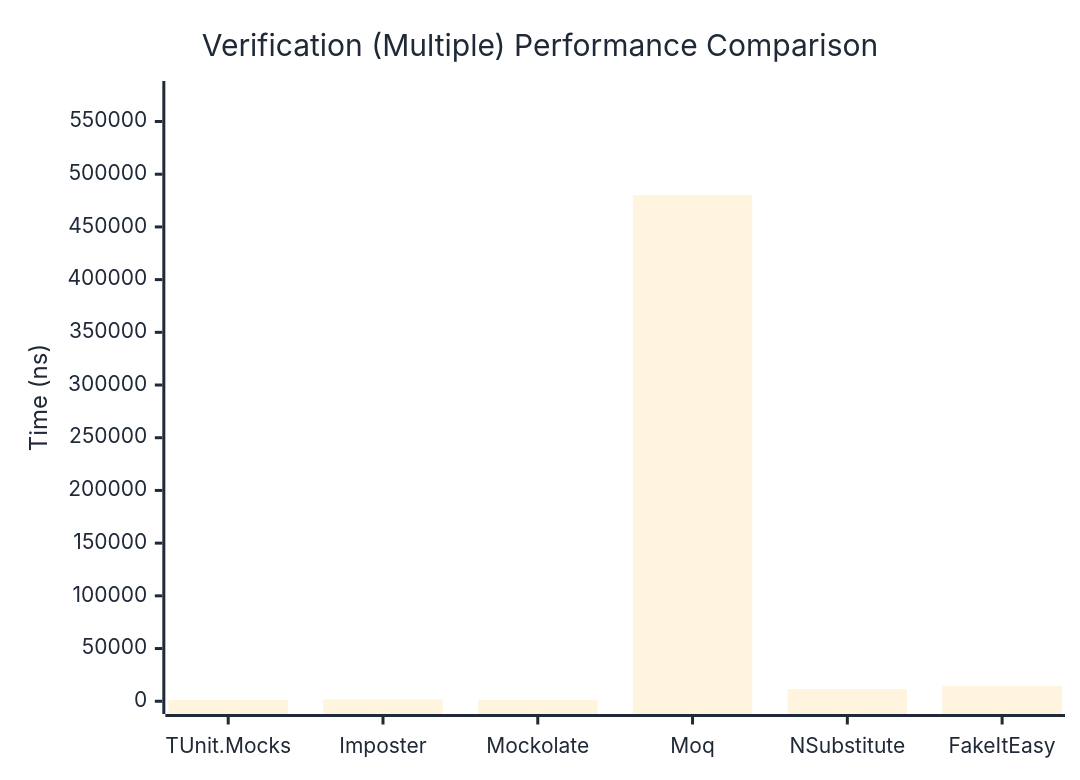
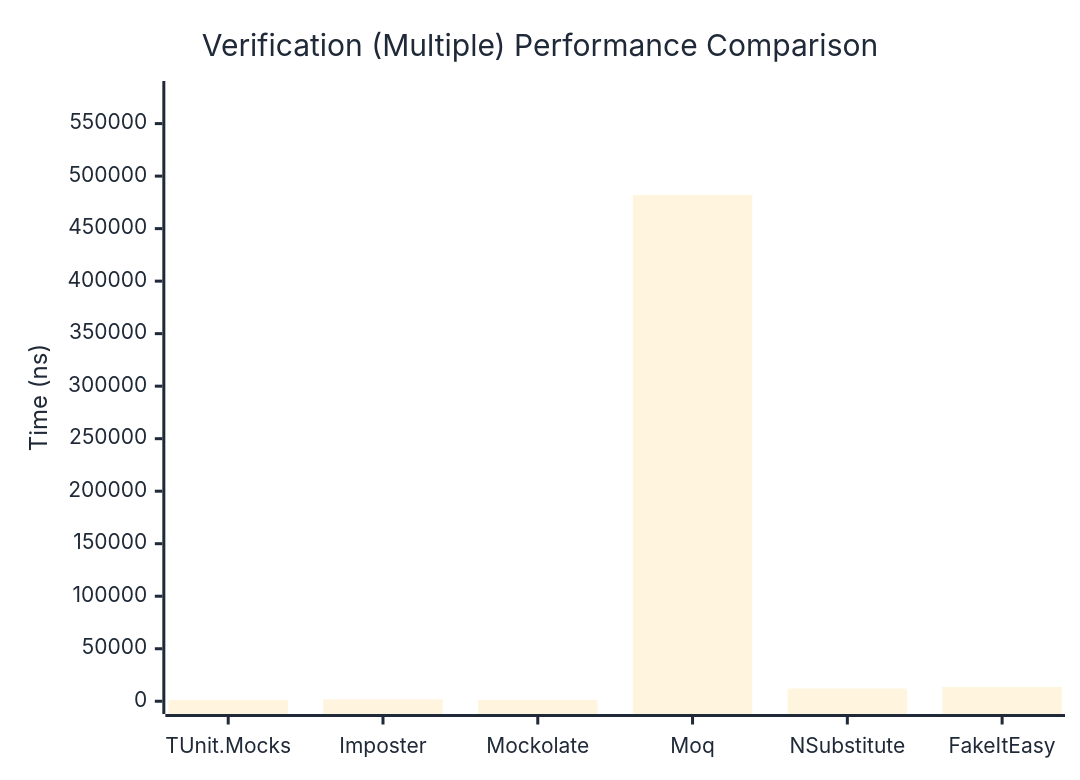
Before and after one commit to thomhurst/TUnit: the third of 3 diagrams in docs/docs/benchmarks/mocks/Verification.md, drawn with Mermaid. The commit also changed other lines of this file and 14 other files, not shown here.

````diff
--- a/docs/docs/benchmarks/mocks/Verification.md
+++ b/docs/docs/benchmarks/mocks/Verification.md
@@ -112,27 +112,27 @@
 ```mermaid
 %%{init: {
   'theme':'base',
   'themeVariables': {
     'primaryColor': '#2563eb',
     'primaryTextColor': '#1f2937',
     'primaryBorderColor': '#1e40af',
     'lineColor': '#6b7280',
     'secondaryColor': '#7c3aed',
     'tertiaryColor': '#dc2626',
     'background': '#ffffff',
     'pie1': '#2563eb',
     'pie2': '#7c3aed',
     'pie3': '#dc2626',
     'pie4': '#f59e0b',
     'pie5': '#10b981',
     'pie6': '#06b6d4',
     'pie7': '#ec4899',
     'pie8': '#6366f1'
   }
 }}%%
 xychart-beta
   title "Verification (Multiple) Performance Comparison"
   x-axis ["TUnit.Mocks", "Imposter", "Mockolate", "Moq", "NSubstitute", "FakeItEasy"]
-  y-axis "Time (ns)" 0 --> 576329
-  bar [1303.29, 1788.82, 1234.93, 480273.51, 11633.36, 14510.31]
+  y-axis "Time (ns)" 0 --> 578424
+  bar [1288.25, 1816.6, 1182.63, 482019.84, 12071.37, 13541.91]
 ```
````
